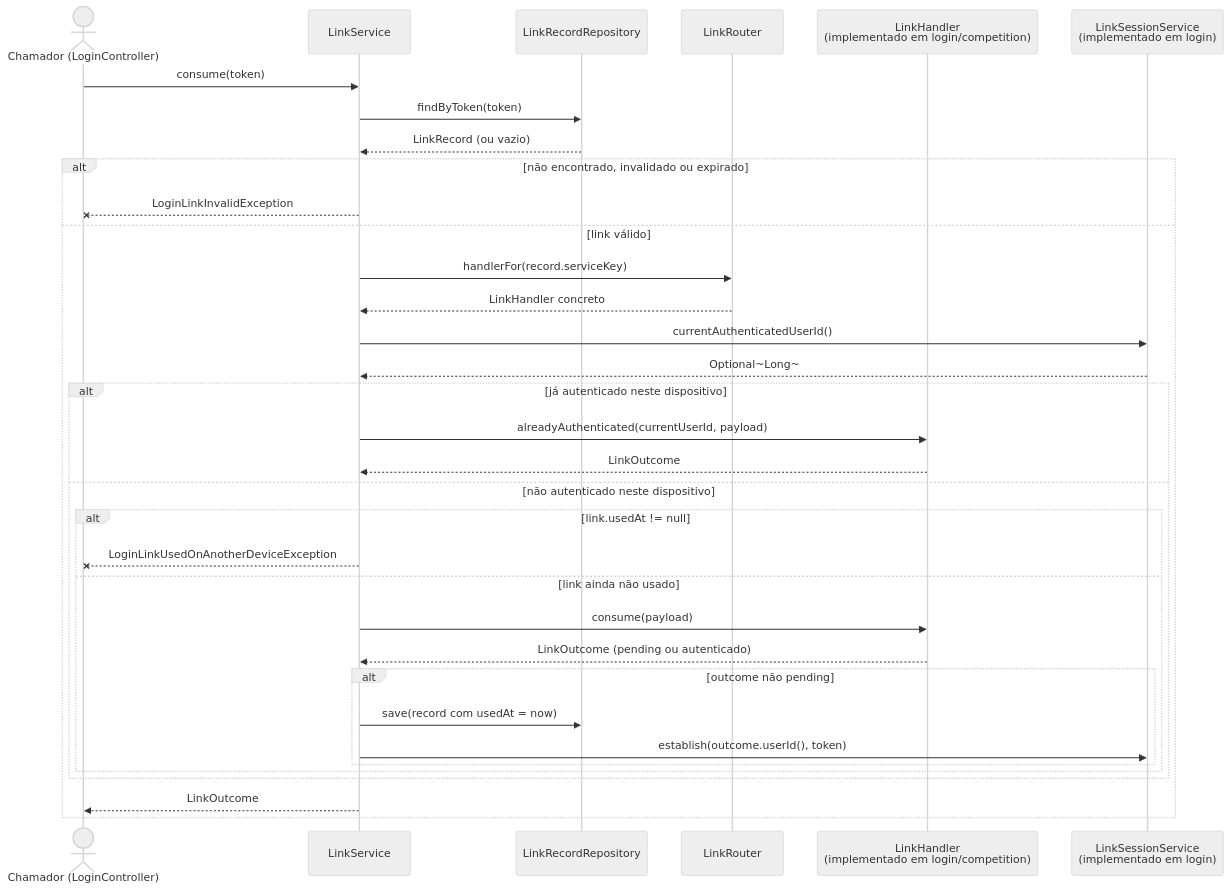
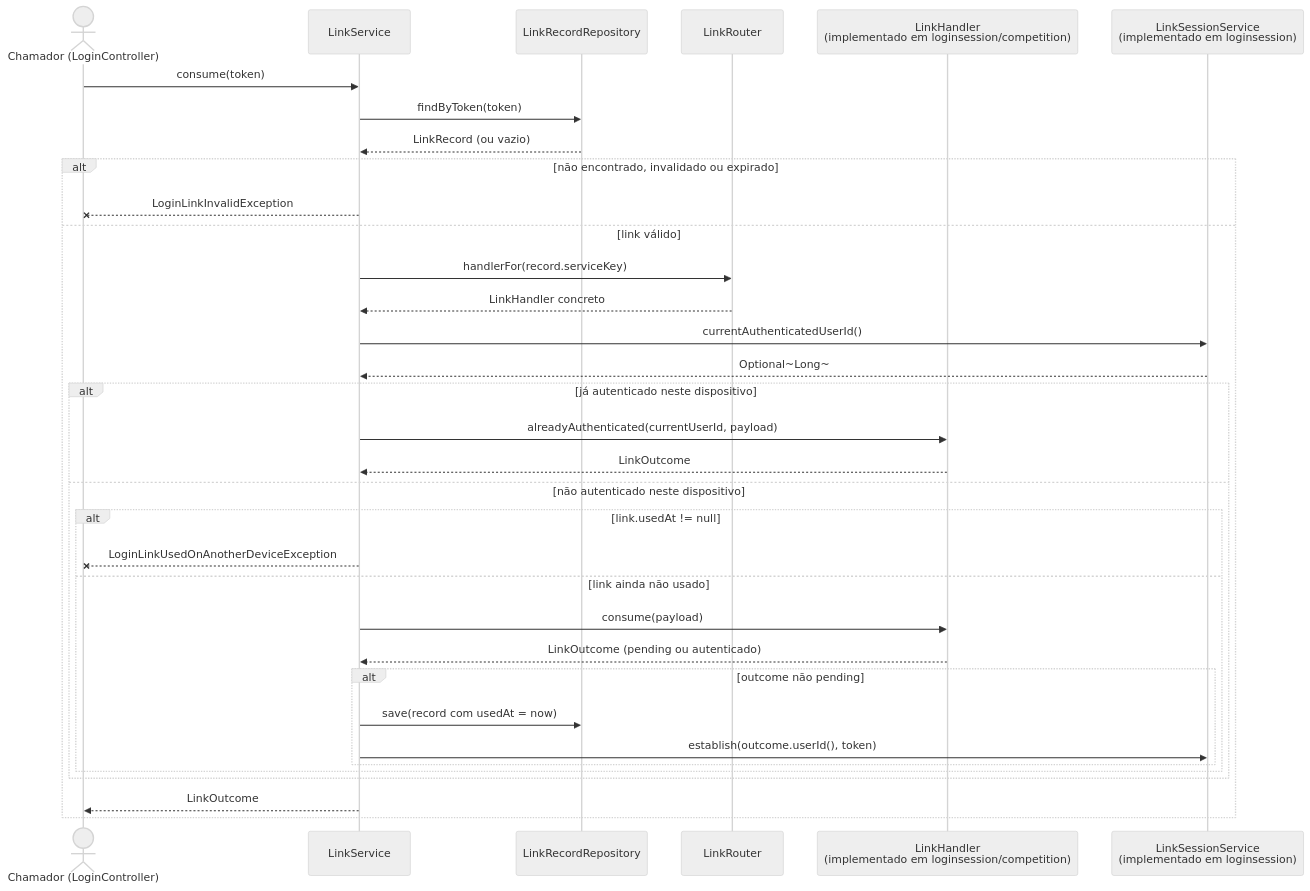
The fourth of 21 diagrams in docs/diagrams/modulos.md (lalgarve/jogo-acoes), drawn with Mermaid (neutral theme) before and after one commit. The commit also changed other lines of this file and 3 other files, not shown here.

First line of the commit message:
docs: update module diagrams for the login package split

````diff
--- a/docs/diagrams/modulos.md
+++ b/docs/diagrams/modulos.md
@@ -223,37 +228,37 @@
 ```mermaid
 sequenceDiagram
     actor C as Chamador (LoginController)
     participant LiS as LinkService
     participant LRR as LinkRecordRepository
     participant Router as LinkRouter
-    participant H as LinkHandler<br/>(implementado em login/competition)
-    participant SS as LinkSessionService<br/>(implementado em login)
+    participant H as LinkHandler<br/>(implementado em loginsession/competition)
+    participant SS as LinkSessionService<br/>(implementado em loginsession)
 
     C->>LiS: consume(token)
     LiS->>LRR: findByToken(token)
     LRR-->>LiS: LinkRecord (ou vazio)
     alt não encontrado, invalidado ou expirado
         LiS--xC: LoginLinkInvalidException
     else link válido
         LiS->>Router: handlerFor(record.serviceKey)
         Router-->>LiS: LinkHandler concreto
         LiS->>SS: currentAuthenticatedUserId()
         SS-->>LiS: Optional~Long~
         alt já autenticado neste dispositivo
             LiS->>H: alreadyAuthenticated(currentUserId, payload)
             H-->>LiS: LinkOutcome
         else não autenticado neste dispositivo
             alt link.usedAt != null
                 LiS--xC: LoginLinkUsedOnAnotherDeviceException
             else link ainda não usado
                 LiS->>H: consume(payload)
                 H-->>LiS: LinkOutcome (pending ou autenticado)
                 alt outcome não pending
                     LiS->>LRR: save(record com usedAt = now)
                     LiS->>SS: establish(outcome.userId(), token)
                 end
             end
         end
         LiS-->>C: LinkOutcome
     end
 ```
````
